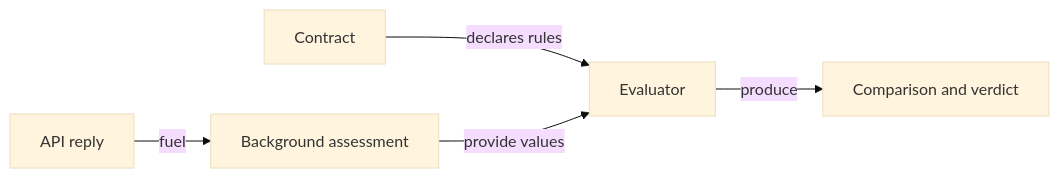
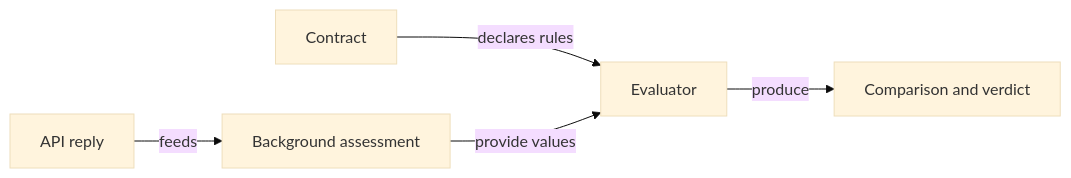
The diagram in atf-validation/README.md (crististefanita/atf_j4), drawn with Mermaid (base theme) before and after one commit. The commit also changed other lines of this file and 84 other files, not shown here.

````diff
--- a/atf-validation/README.md
+++ b/atf-validation/README.md
@@ -11,7 +11,7 @@
 ```mermaid
 flowchart LR
-    BODY[API reply] -->|fuel| CONTEXT[Background assessment]
+    BODY[API reply] -->|feeds| CONTEXT[Background assessment]
     RULES[Contract] -->|declares rules| EVAL[Evaluator]
     CONTEXT -->|provide values| EVAL
     EVAL -->|produce| RESULT[Comparison and verdict]
 ```
````
